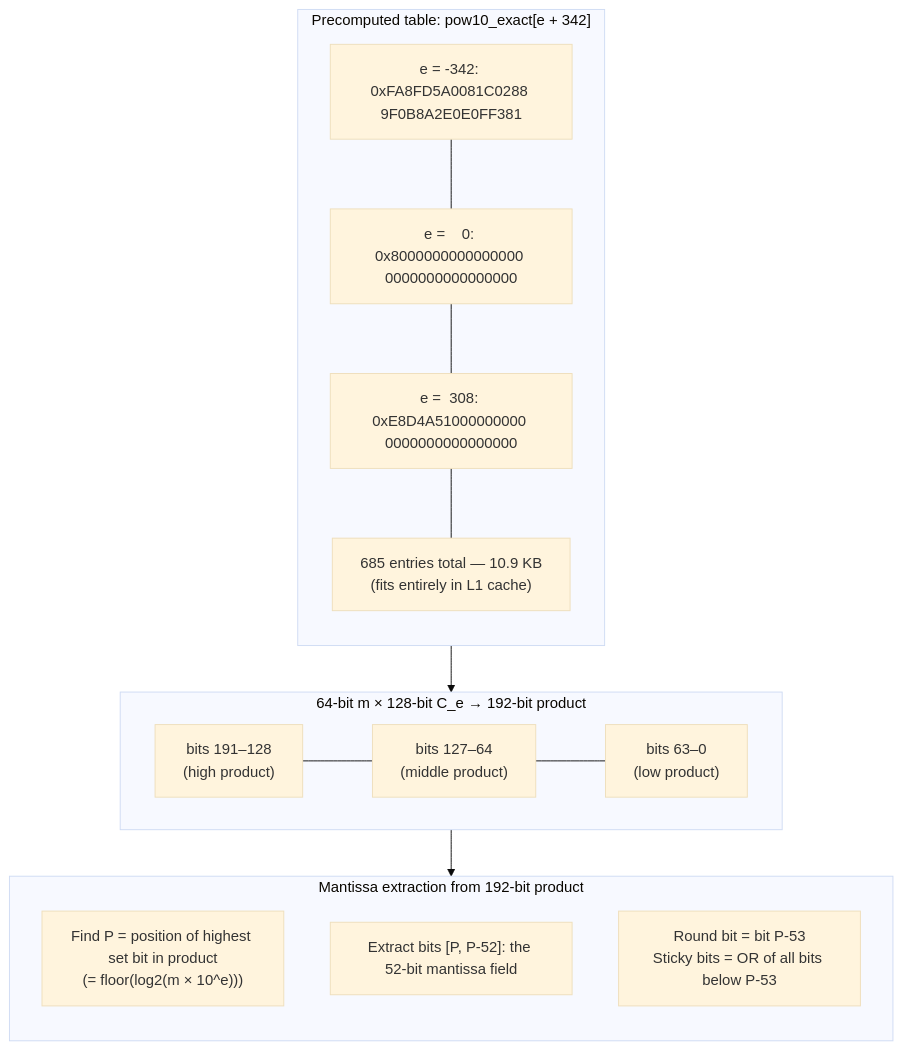
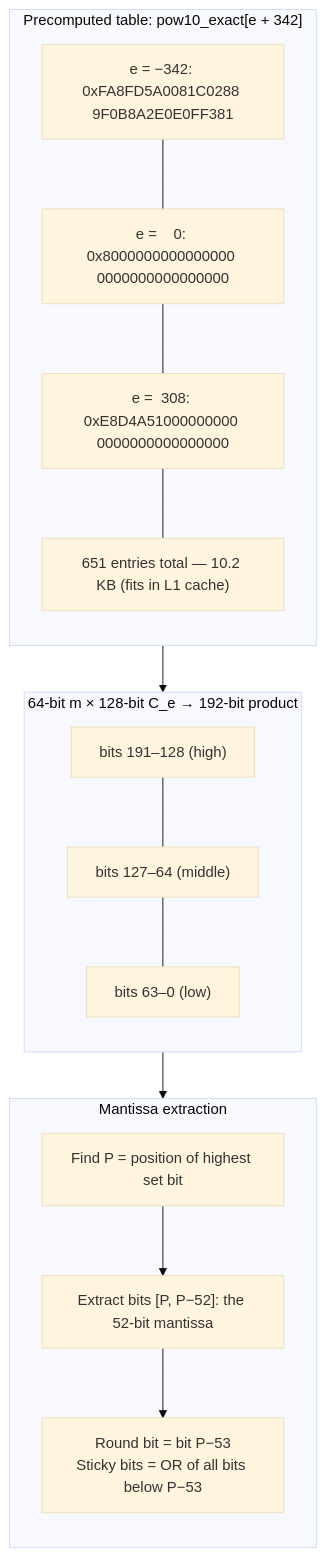
The sixth of 8 diagrams in docs/theory/russ-cox.md (the-lkb/beast-json), drawn with Mermaid (base theme) before and after one commit. The commit also changed other lines of this file and 4 other files, not shown here.

````diff
--- a/docs/theory/russ-cox.md
+++ b/docs/theory/russ-cox.md
@@ -170,28 +164,29 @@
 ```mermaid
 flowchart TB
     subgraph TABLE["Precomputed table: pow10_exact[e + 342]"]
         direction TB
-        TE1["e = -342: 0xFA8FD5A0081C0288 9F0B8A2E0E0FF381"]
+        TE1["e = −342: 0xFA8FD5A0081C0288 9F0B8A2E0E0FF381"]
         TE2["e =    0: 0x8000000000000000 0000000000000000"]
         TE3["e =  308: 0xE8D4A51000000000 0000000000000000"]
-        TE4["685 entries total — 10.9 KB\n(fits entirely in L1 cache)"]
+        TE4["651 entries total — 10.2 KB (fits in L1 cache)"]
         TE1 --- TE2 --- TE3 --- TE4
     end
 
     subgraph MUL192["64-bit m × 128-bit C_e → 192-bit product"]
-        direction LR
-        P_HI["bits 191–128\n(high product)"]
-        P_MID["bits 127–64\n(middle product)"]
-        P_LO["bits 63–0\n(low product)"]
-        P_HI --- P_MID --- P_LO
+        direction TB
+        PH["bits 191–128 (high)"]
+        PM["bits 127–64 (middle)"]
+        PL["bits 63–0 (low)"]
+        PH --- PM --- PL
     end
 
-    subgraph EXTRACT["Mantissa extraction from 192-bit product"]
+    subgraph EXTRACT["Mantissa extraction"]
         direction TB
-        E1["Find P = position of highest set bit in product\n(= floor(log2(m × 10^e)))"]
-        E2["Extract bits [P, P-52]: the 52-bit mantissa field"]
-        E3["Round bit = bit P-53\nSticky bits = OR of all bits below P-53"]
+        E1["Find P = position of highest set bit"]
+        E2["Extract bits [P, P−52]: the 52-bit mantissa"]
+        E3["Round bit = bit P−53<br/>Sticky bits = OR of all bits below P−53"]
+        E1 --> E2 --> E3
     end
 
     TABLE --> MUL192 --> EXTRACT
 ```
````
